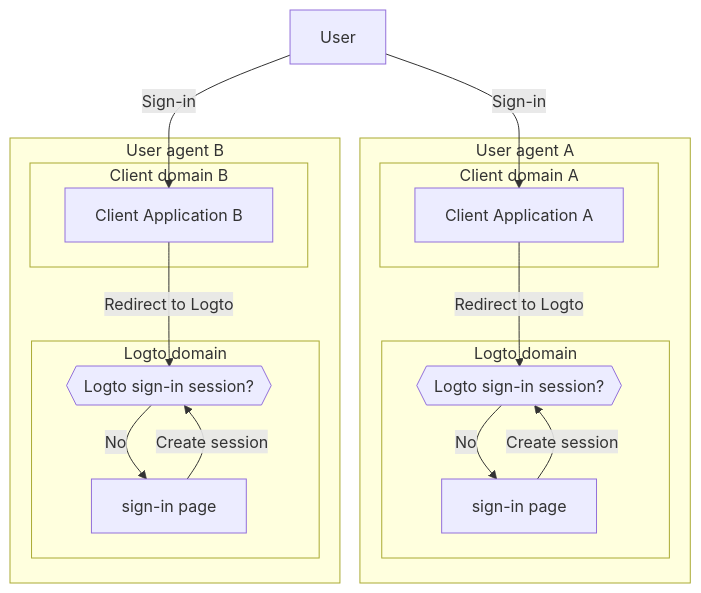
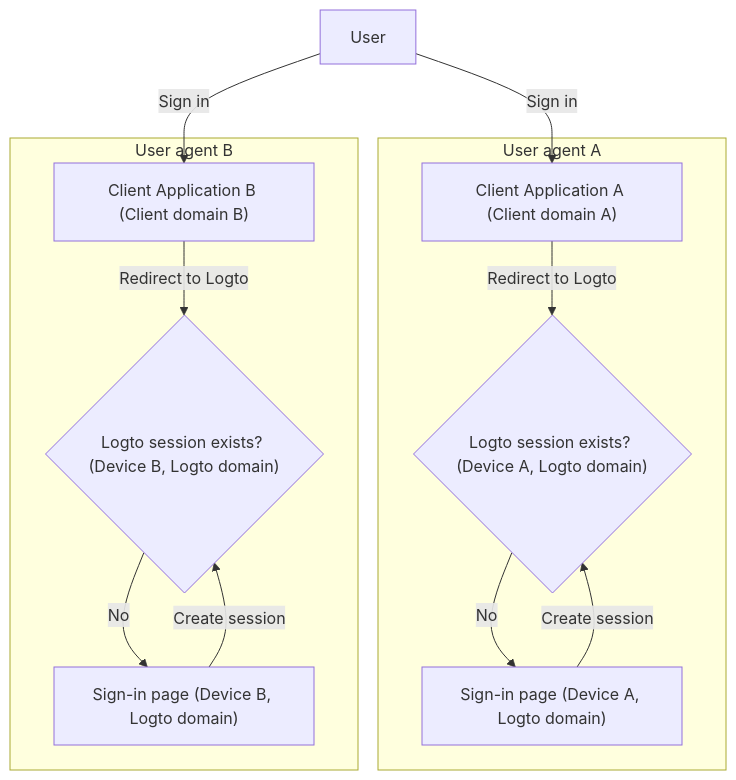
The fourth of 5 diagrams in docs/end-user-flows/sign-out.mdx (logto-io/docs), drawn with Mermaid before and after one commit. The commit also changed other lines of this file and 7 other files, not shown here.

First line of the commit message:
docs: add session management flow (#1377)

````diff
--- a/docs/end-user-flows/sign-out.mdx
+++ b/docs/end-user-flows/sign-out.mdx
@@ -89,35 +121,32 @@
-   ```mermaid
-    flowchart TD
-    U[User]
+```mermaid
+flowchart TD
+  U[User]
+  A["Client Application A (Client domain A)"]
+  C{"Logto session exists? (Device A, Logto domain)"}
+  D["Sign-in page (Device A, Logto domain)"]
 
-    subgraph DeviceA [User agent A]
-      subgraph Layer1 [Client domain A]
-        A[Client Application A]
-      end
+  subgraph DeviceA["User agent A"]
+    A
+    C
+    D
+  end
 
-      subgraph Layer2 [Logto domain]
-          C{{Logto sign-in session?}}
-          D[sign-in page]
-      end
-    end
+  B["Client Application B (Client domain B)"]
+  E{"Logto session exists? (Device B, Logto domain)"}
+  F["Sign-in page (Device B, Logto domain)"]
 
-    subgraph DeviceB [User agent B]
-      subgraph Layer3 [Client domain B]
-        B[Client Application B]
-      end
+  subgraph DeviceB["User agent B"]
+    B
+    E
+    F
+  end
 
-      subgraph Layer4 [Logto domain]
-          E{{Logto sign-in session?}}
-          F[sign-in page]
-      end
-    end
-
-    U --> |Sign-in| A
-    A --> |Redirect to Logto| C
-    U --> |Sign-in| B
-    B --> |Redirect to Logto| E
-    C --> |No| D
-    E --> |No| F
-    D --> |Create session| C
-    F --> |Create session| E
-   ```
+  U -->|Sign in| A
+  A -->|Redirect to Logto| C
+  U -->|Sign in| B
+  B -->|Redirect to Logto| E
+  C -->|No| D
+  E -->|No| F
+  D -->|Create session| C
+  F -->|Create session| E
+```
````
